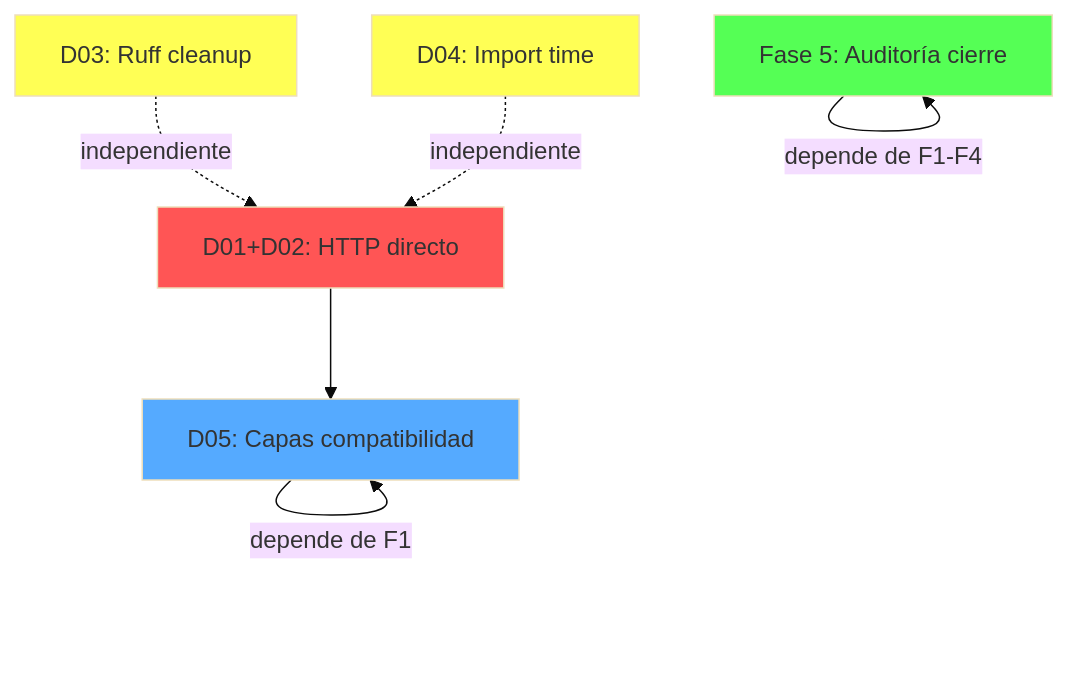
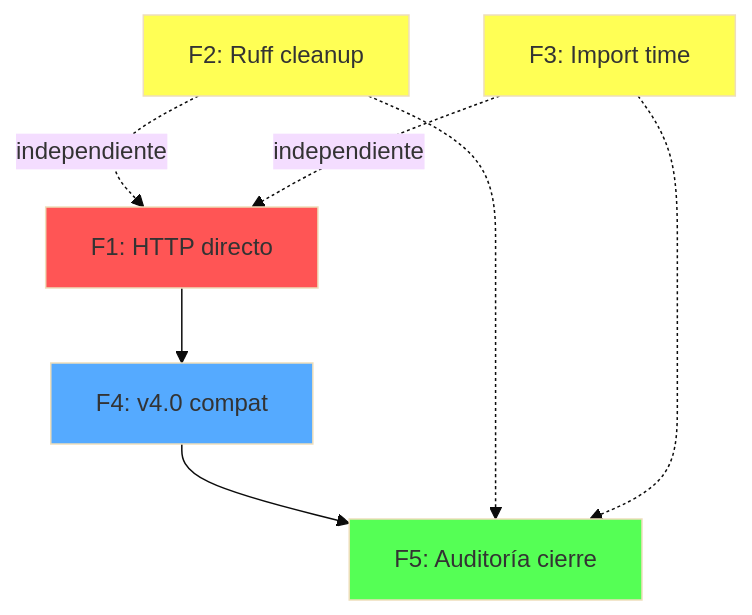
One commit to ramon-kaixo/-ura-ai changed the diagram in docs/architecture/MASTER_PLAN.md. Above: the diagram before and after it, drawn with Mermaid (base theme). The commit also changed other lines of this file and 2 other files, not shown here.

First line of the commit message:
F1+F3: HTTP direct exceptions doc + import time optimization

````diff
--- a/docs/architecture/MASTER_PLAN.md
+++ b/docs/architecture/MASTER_PLAN.md
@@ -288,14 +290,15 @@
 ```mermaid
 graph TD
-    F1[D01+D02: HTTP directo] --> F4[Fase 4: v4.0 compat]
-    F2[D03: Ruff cleanup] -.->|independiente| F1
-    F3[D04: Import time] -.->|independiente| F1
-    F4[D05: Capas compatibilidad] -->|depende de F1| F4
-    F5[Fase 5: Auditoría cierre] -->|depende de F1-F4| F5
+    F1[F1: HTTP directo] --> F4[F4: v4.0 compat]
+    F2[F2: Ruff cleanup] -.->|independiente| F1
+    F3[F3: Import time] -.->|independiente| F1
+    F4 --> F5[F5: Auditoría cierre]
+    F2 -.-> F5
+    F3 -.-> F5
     
     style F1 fill:#f55
     style F2 fill:#ff5
     style F3 fill:#ff5
     style F4 fill:#5af
     style F5 fill:#5f5
 ```
````
